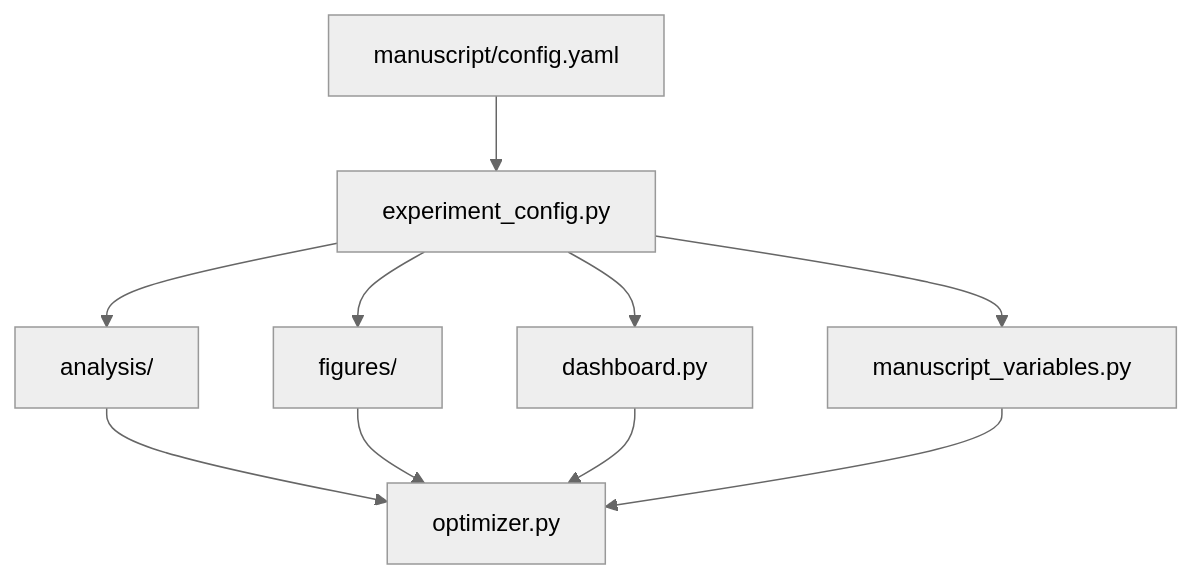
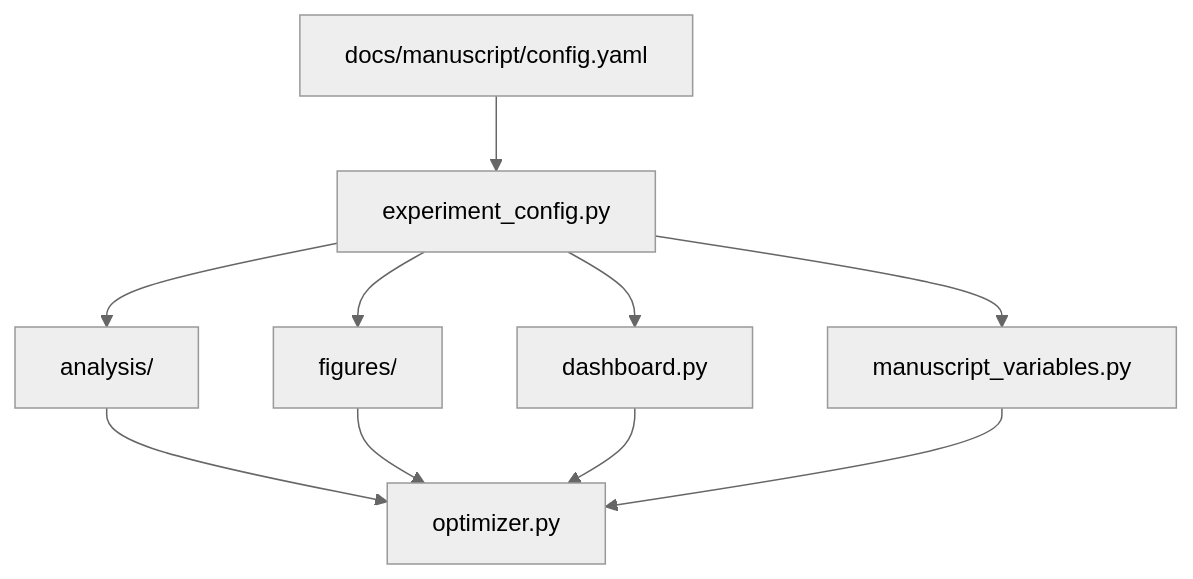
One commit to docxology/template changed the diagram in projects/templates/template_code_project/src/README.md. Above: the diagram before and after it, drawn with Mermaid (neutral theme). The commit also changed other lines of this file and 1584 other files, not shown here.

````diff
--- a/projects/templates/template_code_project/src/README.md
+++ b/projects/templates/template_code_project/src/README.md
@@ -66,13 +66,13 @@
 ```mermaid
 graph TD
-    YAML[manuscript/config.yaml] --> CFG[experiment_config.py]
+    YAML[docs/manuscript/config.yaml] --> CFG[experiment_config.py]
     CFG --> ANA[analysis/]
     CFG --> FIG[figures/]
     CFG --> DASH[dashboard.py]
     CFG --> VARS[manuscript_variables.py]
 
     ANA --> OPT[optimizer.py]
     FIG --> OPT
     DASH --> OPT
     VARS --> OPT
 ```
````
